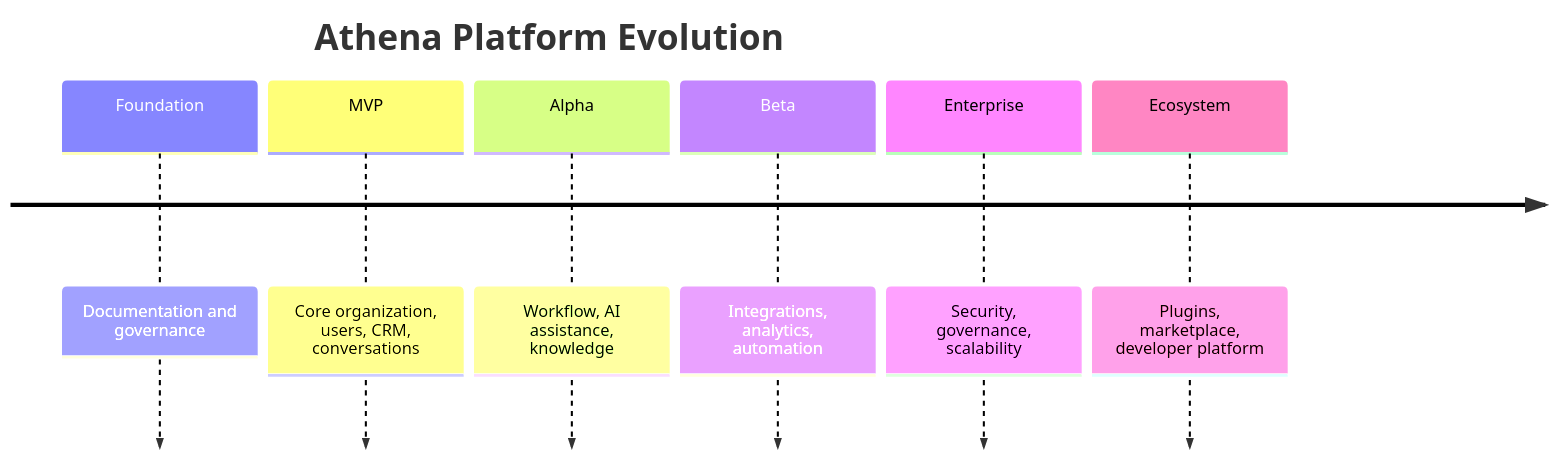
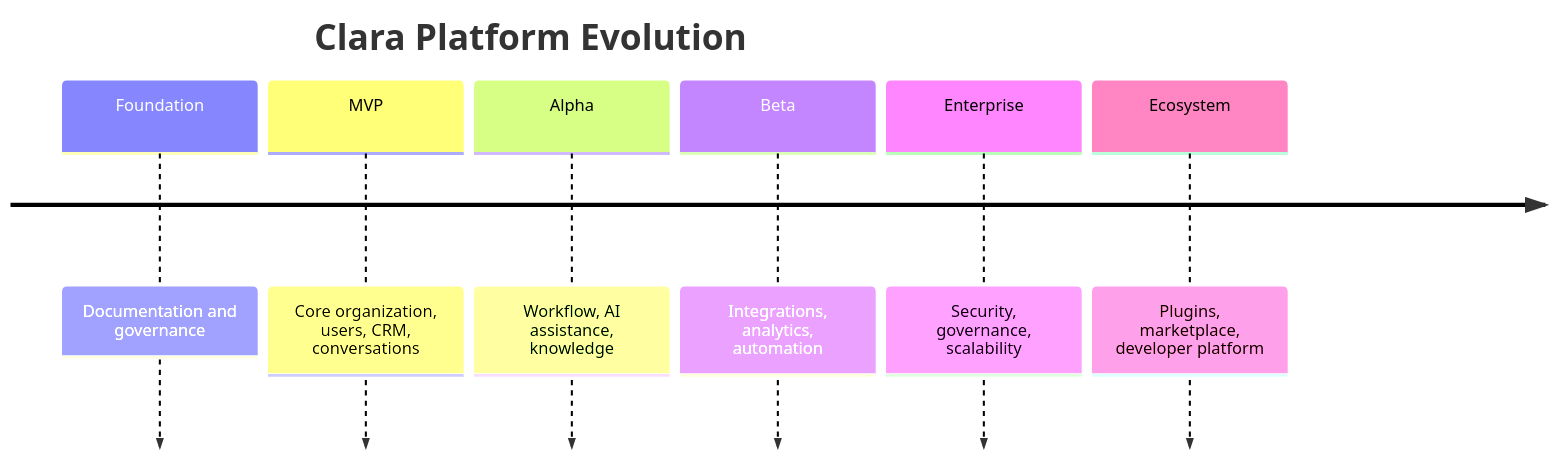
The diagram in docs/BOOK-02-Master-Blueprint/PART-01-Platform-Vision/04-Platform-Vision.md (VaxXinE/CLARA), drawn with Mermaid before and after one commit. The commit also changed other lines of this file and 529 other files, not shown here.

````diff
--- a/docs/BOOK-02-Master-Blueprint/PART-01-Platform-Vision/04-Platform-Vision.md
+++ b/docs/BOOK-02-Master-Blueprint/PART-01-Platform-Vision/04-Platform-Vision.md
@@ -56,10 +56,10 @@
 ```mermaid
 timeline
-    title Athena Platform Evolution
+    title Clara Platform Evolution
     Foundation : Documentation and governance
     MVP : Core organization, users, CRM, conversations
     Alpha : Workflow, AI assistance, knowledge
     Beta : Integrations, analytics, automation
     Enterprise : Security, governance, scalability
     Ecosystem : Plugins, marketplace, developer platform
 ```
````
